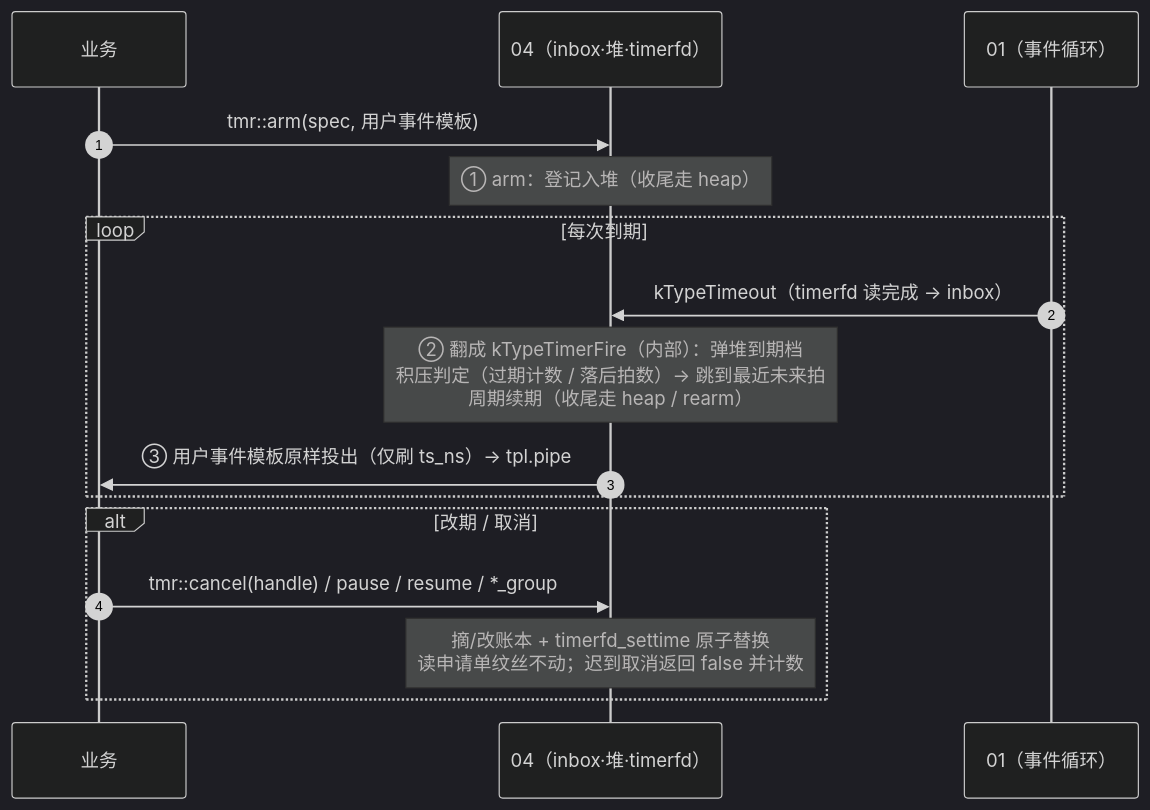
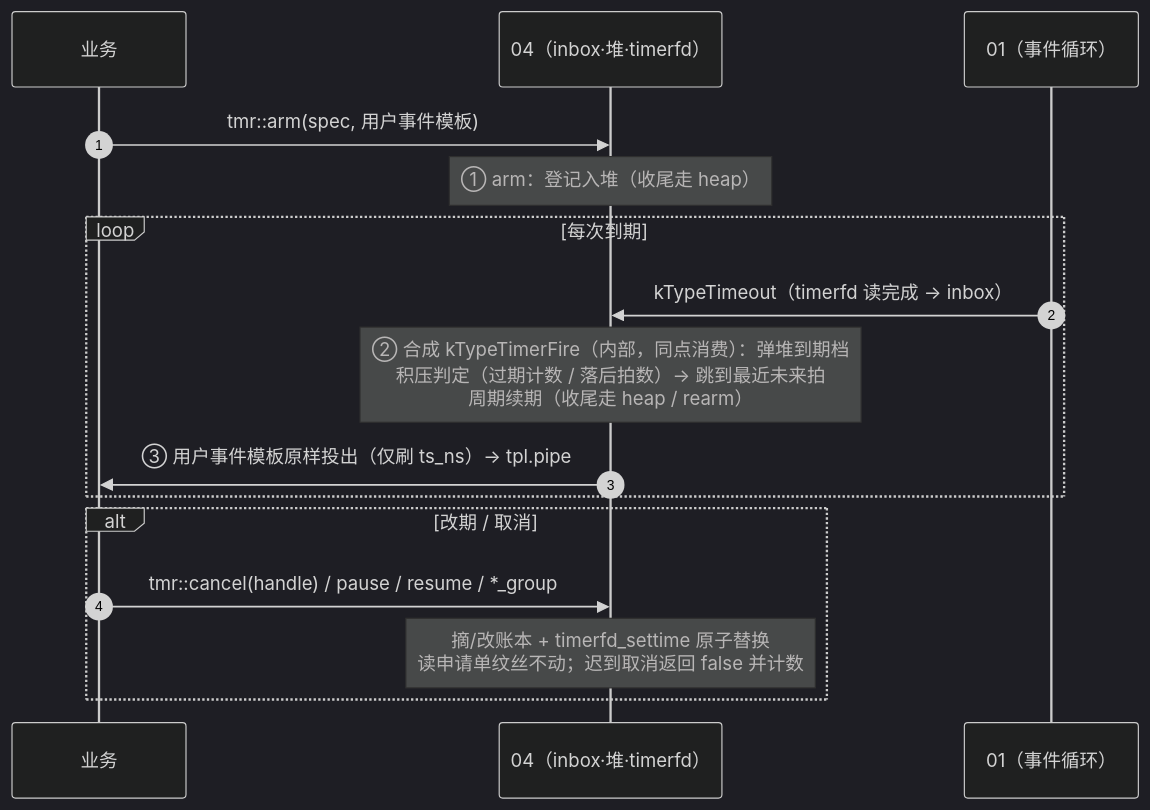
One commit to hihfe/smartdoll changed the diagram in doc/modules/04-timer.md. Above: the diagram before and after it, drawn with Mermaid (dark theme). The commit also changed other lines of this file and 8 other files, not shown here.

````diff
--- a/doc/modules/04-timer.md
+++ b/doc/modules/04-timer.md
@@ -156,21 +193,21 @@
 ```mermaid
 sequenceDiagram
     autonumber
     participant BIZ as 业务
     participant TMR as 04（inbox·堆·timerfd）
     participant L01 as 01（事件循环）
 
     BIZ->>TMR: tmr::arm(spec, 用户事件模板)
     Note over TMR: ① arm：登记入堆（收尾走 heap）
 
     loop 每次到期
         L01->>TMR: kTypeTimeout（timerfd 读完成 → inbox）
-        Note over TMR: ② 翻成 kTypeTimerFire（内部）：弹堆到期档<br/>积压判定（过期计数 / 落后拍数）→ 跳到最近未来拍<br/>周期续期（收尾走 heap / rearm）
+        Note over TMR: ② 合成 kTypeTimerFire（内部，同点消费）：弹堆到期档<br/>积压判定（过期计数 / 落后拍数）→ 跳到最近未来拍<br/>周期续期（收尾走 heap / rearm）
         TMR->>BIZ: ③ 用户事件模板原样投出（仅刷 ts_ns）→ tpl.pipe
     end
 
     alt 改期 / 取消
         BIZ->>TMR: tmr::cancel(handle) / pause / resume / *_group
         Note over TMR: 摘/改账本 + timerfd_settime 原子替换<br/>读申请单纹丝不动；迟到取消返回 false 并计数
     end
 ```
````
